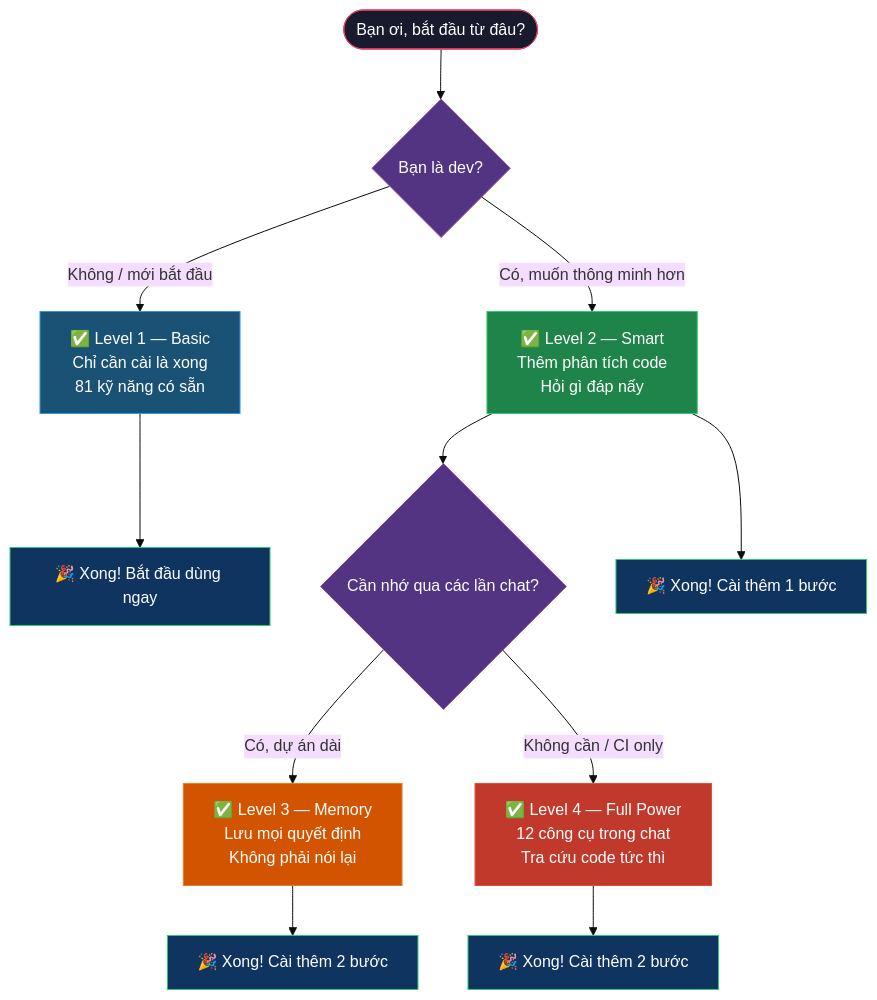
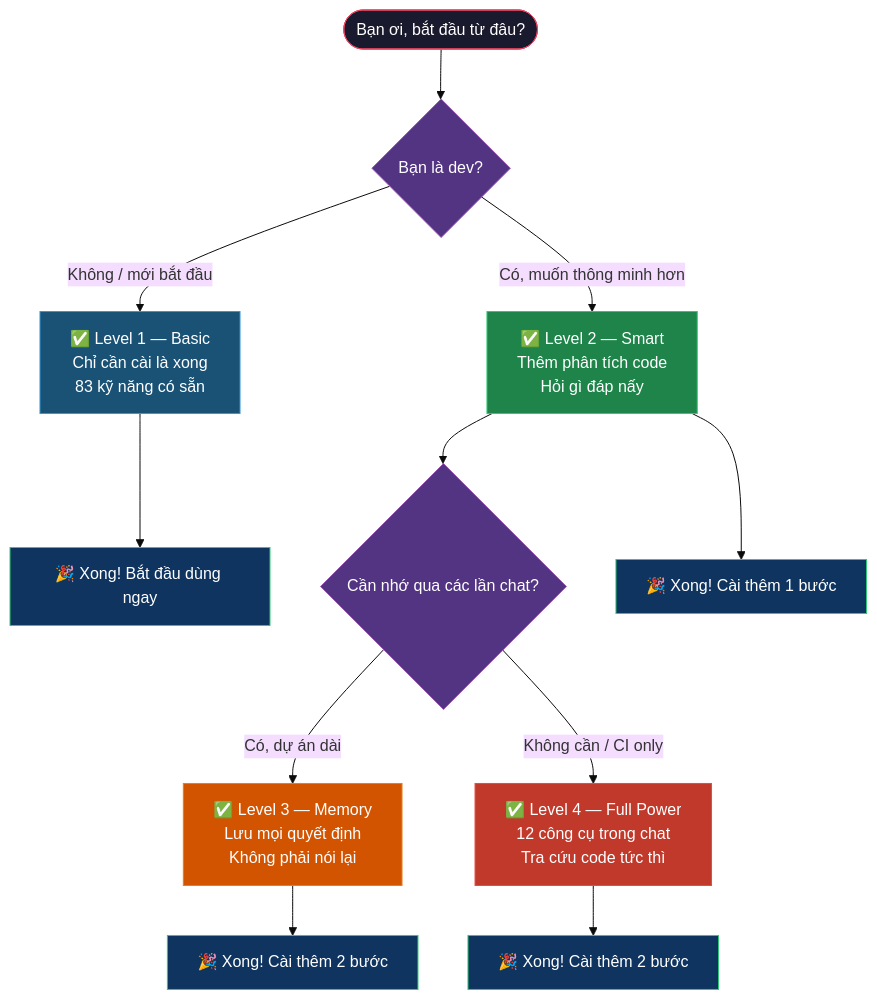
One commit to buiphucminhtam/forgewright changed the second of 15 diagrams in README.vi.md. Above: the diagram before and after it, drawn with Mermaid (base theme). The commit also changed other lines of this file and 4 other files, not shown here.

````diff
--- a/README.vi.md
+++ b/README.vi.md
@@ -144,29 +144,29 @@
 ```mermaid
 flowchart TD
     START(["Bạn ơi, bắt đầu từ đâu?"])
 
     START --> Q1{"Bạn là dev?"}
-    Q1 --> |"Không / mới bắt đầu"| EASY["✅ Level 1 — Basic<br/>Chỉ cần cài là xong<br/>81 kỹ năng có sẵn"]
+    Q1 --> |"Không / mới bắt đầu"| EASY["✅ Level 1 — Basic<br/>Chỉ cần cài là xong<br/>83 kỹ năng có sẵn"]
     Q1 --> |"Có, muốn thông minh hơn"| SMART["✅ Level 2 — Smart<br/>Thêm phân tích code<br/>Hỏi gì đáp nấy"]
 
     SMART --> Q2{"Cần nhớ qua các lần chat?"}
     Q2 --> |"Có, dự án dài"| MEM["✅ Level 3 — Memory<br/>Lưu mọi quyết định<br/>Không phải nói lại"]
     Q2 --> |"Không cần / CI only"| MCP["✅ Level 4 — Full Power<br/>12 công cụ trong chat<br/>Tra cứu code tức thì"]
 
     EASY --> DONE1["🎉 Xong! Bắt đầu dùng ngay"]
     SMART --> DONE2["🎉 Xong! Cài thêm 1 bước"]
     MEM --> DONE3["🎉 Xong! Cài thêm 2 bước"]
     MCP --> DONE4["🎉 Xong! Cài thêm 2 bước"]
 
     style START fill:#1a1a2e,stroke:#e94560,color:#fff
     style EASY fill:#1a5276,stroke:#3498db,color:#fff
     style SMART fill:#1e8449,stroke:#2ecc71,color:#fff
     style MEM fill:#d35400,stroke:#e67e22,color:#fff
     style MCP fill:#c0392b,stroke:#e74c3c,color:#fff
     style DONE1 fill:#0f3460,stroke:#2ecc71,color:#fff
     style DONE2 fill:#0f3460,stroke:#2ecc71,color:#fff
     style DONE3 fill:#0f3460,stroke:#2ecc71,color:#fff
     style DONE4 fill:#0f3460,stroke:#2ecc71,color:#fff
     style Q1 fill:#533483,stroke:#9b59b6,color:#fff
     style Q2 fill:#533483,stroke:#9b59b6,color:#fff
 ```
````
